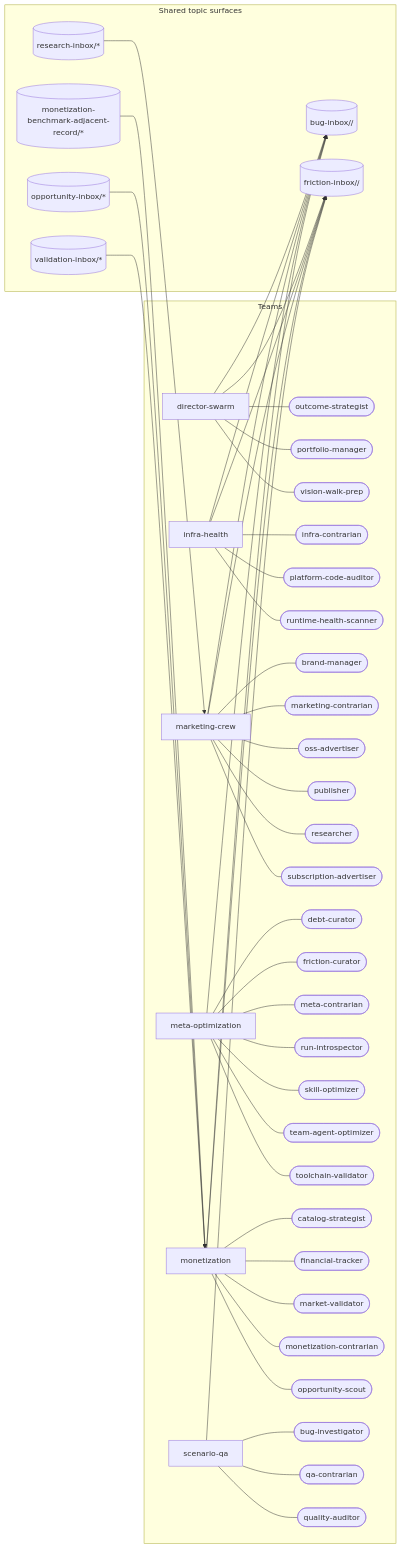
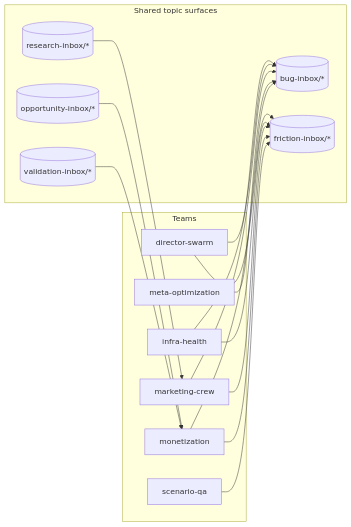
Before and after one commit to Vrooli/Vrooli: the diagram in docs/agent-system/MAP.md, drawn with Mermaid. The commit also changed other lines of this file and 540 other files, not shown here.

````diff
--- a/docs/agent-system/MAP.md
+++ b/docs/agent-system/MAP.md
@@ -7,86 +7,30 @@
 flowchart LR
   subgraph TEAMS["Teams"]
     team_director_swarm["director-swarm"]
-    member_outcome_strategist(["outcome-strategist"])
-    member_portfolio_manager(["portfolio-manager"])
-    member_vision_walk_prep(["vision-walk-prep"])
     team_infra_health["infra-health"]
-    member_infra_contrarian(["infra-contrarian"])
-    member_platform_code_auditor(["platform-code-auditor"])
-    member_runtime_health_scanner(["runtime-health-scanner"])
     team_marketing_crew["marketing-crew"]
-    member_brand_manager(["brand-manager"])
-    member_marketing_contrarian(["marketing-contrarian"])
-    member_oss_advertiser(["oss-advertiser"])
-    member_publisher(["publisher"])
-    member_researcher(["researcher"])
-    member_subscription_advertiser(["subscription-advertiser"])
     team_meta_optimization["meta-optimization"]
-    member_debt_curator(["debt-curator"])
-    member_friction_curator(["friction-curator"])
-    member_meta_contrarian(["meta-contrarian"])
-    member_run_introspector(["run-introspector"])
-    member_skill_optimizer(["skill-optimizer"])
-    member_team_agent_optimizer(["team-agent-optimizer"])
-    member_toolchain_validator(["toolchain-validator"])
     team_monetization["monetization"]
-    member_catalog_strategist(["catalog-strategist"])
-    member_financial_tracker(["financial-tracker"])
-    member_market_validator(["market-validator"])
-    member_monetization_contrarian(["monetization-contrarian"])
-    member_opportunity_scout(["opportunity-scout"])
     team_scenario_qa["scenario-qa"]
-    member_bug_investigator(["bug-investigator"])
-    member_qa_contrarian(["qa-contrarian"])
-    member_quality_auditor(["quality-auditor"])
   end
   subgraph TOPICS["Shared topic surfaces"]
-    topic_bug_inbox_signal_type_slug[("bug-inbox/<signal-type>/<slug>")]
-    topic_friction_inbox_scope_slug[("friction-inbox/<scope>/<slug>")]
-    topic_monetization_benchmark_adjacent_record[("monetization-benchmark-adjacent-record/*")]
+    topic_bug_inbox[("bug-inbox/*")]
+    topic_friction_inbox[("friction-inbox/*")]
     topic_opportunity_inbox[("opportunity-inbox/*")]
     topic_research_inbox[("research-inbox/*")]
     topic_validation_inbox[("validation-inbox/*")]
   end
-  team_director_swarm --- member_outcome_strategist
-  team_director_swarm --- member_portfolio_manager
-  team_director_swarm --- member_vision_walk_prep
-  team_infra_health --- member_infra_contrarian
-  team_infra_health --- member_platform_code_auditor
-  team_infra_health --- member_runtime_health_scanner
-  team_marketing_crew --- member_brand_manager
-  team_marketing_crew --- member_marketing_contrarian
-  team_marketing_crew --- member_oss_advertiser
-  team_marketing_crew --- member_publisher
-  team_marketing_crew --- member_researcher
-  team_marketing_crew --- member_subscription_advertiser
-  team_meta_optimization --- member_debt_curator
-  team_meta_optimization --- member_friction_curator
-  team_meta_optimization --- member_meta_contrarian
-  team_meta_optimization --- member_run_introspector
-  team_meta_optimization --- member_skill_optimizer
-  team_meta_optimization --- member_team_agent_optimizer
-  team_meta_optimization --- member_toolchain_validator
-  team_monetization --- member_catalog_strategist
-  team_monetization --- member_financial_tracker
-  team_monetization --- member_market_validator
-  team_monetization --- member_monetization_contrarian
-  team_monetization --- member_opportunity_scout
-  team_scenario_qa --- member_bug_investigator
-  team_scenario_qa --- member_qa_contrarian
-  team_scenario_qa --- member_quality_auditor
-  team_director_swarm --> topic_bug_inbox_signal_type_slug
-  team_director_swarm --> topic_friction_inbox_scope_slug
-  team_infra_health --> topic_bug_inbox_signal_type_slug
-  team_infra_health --> topic_friction_inbox_scope_slug
-  team_marketing_crew --> topic_bug_inbox_signal_type_slug
-  team_marketing_crew --> topic_friction_inbox_scope_slug
-  team_meta_optimization --> topic_bug_inbox_signal_type_slug
-  team_monetization --> topic_bug_inbox_signal_type_slug
-  team_monetization --> topic_friction_inbox_scope_slug
-  topic_monetization_benchmark_adjacent_record --> team_monetization
+  team_director_swarm --> topic_bug_inbox
+  team_director_swarm --> topic_friction_inbox
+  team_infra_health --> topic_bug_inbox
+  team_infra_health --> topic_friction_inbox
+  team_marketing_crew --> topic_bug_inbox
+  team_marketing_crew --> topic_friction_inbox
+  team_meta_optimization --> topic_bug_inbox
+  team_monetization --> topic_bug_inbox
+  team_monetization --> topic_friction_inbox
   topic_opportunity_inbox --> team_monetization
   topic_research_inbox --> team_marketing_crew
-  team_scenario_qa --> topic_friction_inbox_scope_slug
+  team_scenario_qa --> topic_friction_inbox
   topic_validation_inbox --> team_monetization
 ```
````
